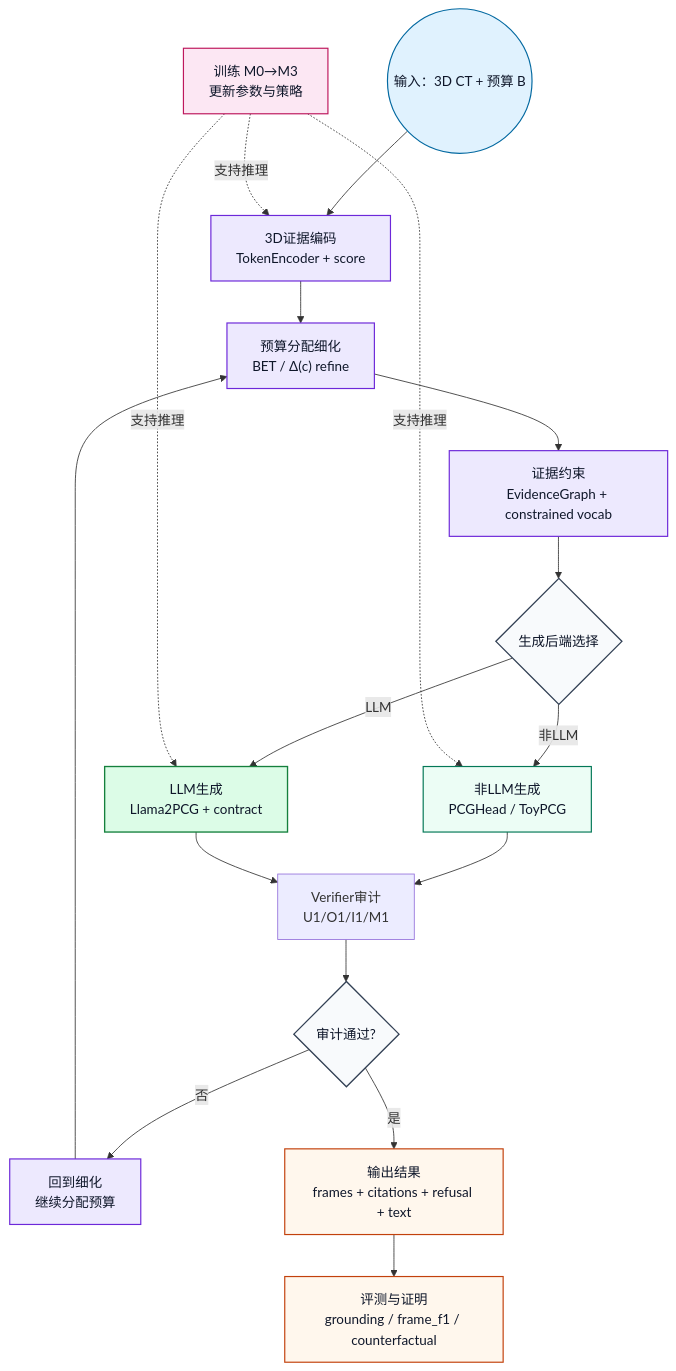
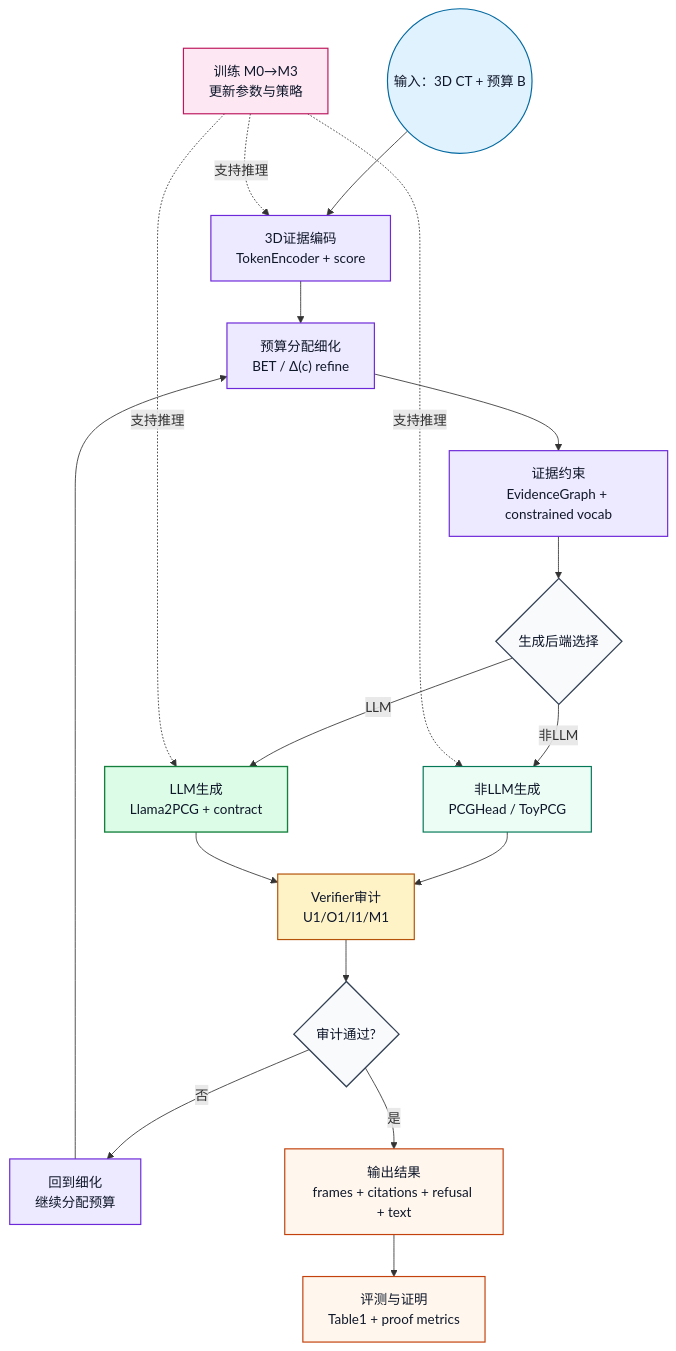
One commit to Ricardo-ChenTY/ProveTok changed the diagram in README.md. Above: the diagram before and after it, drawn with Mermaid. The commit also changed other lines of this file and 81 other files, not shown here.

````diff
--- a/README.md
+++ b/README.md
@@ -24,34 +15,35 @@
 ```mermaid
 flowchart TB
 classDef data fill:#E0F2FE,stroke:#0369A1,stroke-width:1.4px,color:#0F172A;
 classDef core fill:#EDE9FE,stroke:#6D28D9,stroke-width:1.4px,color:#0F172A;
 classDef gen fill:#ECFDF5,stroke:#047857,stroke-width:1.4px,color:#0F172A;
 classDef llm fill:#DCFCE7,stroke:#15803D,stroke-width:1.6px,color:#0F172A;
+classDef gate fill:#F8FAFC,stroke:#334155,stroke-width:1.6px,color:#0F172A;
+classDef verify fill:#FEF3C7,stroke:#B45309,stroke-width:1.4px,color:#0F172A;
+classDef out fill:#FFF7ED,stroke:#C2410C,stroke-width:1.4px,color:#0F172A;
 classDef train fill:#FCE7F3,stroke:#BE185D,stroke-width:1.4px,color:#0F172A;
-classDef gate fill:#F8FAFC,stroke:#334155,stroke-width:1.6px,color:#0F172A;
-classDef out fill:#FFF7ED,stroke:#C2410C,stroke-width:1.4px,color:#0F172A;
 
 S((输入：3D CT + 预算 B)):::data
 E1["3D证据编码<br/>TokenEncoder + score"]:::core
 E2["预算分配细化<br/>BET / Δ(c) refine"]:::core
 E3["证据约束<br/>EvidenceGraph + constrained vocab"]:::core
 G{"生成后端选择"}:::gate
 P["非LLM生成<br/>PCGHead / ToyPCG"]:::gen
 L["LLM生成<br/>Llama2PCG + contract"]:::llm
 V["Verifier审计<br/>U1/O1/I1/M1"]:::verify
 D{"审计通过?"}:::gate
 R["回到细化<br/>继续分配预算"]:::core
 O["输出结果<br/>frames + citations + refusal + text"]:::out
-M["评测与证明<br/>grounding / frame_f1 / counterfactual"]:::out
+M["评测与证明<br/>Table1 + proof metrics"]:::out
 T["训练 M0→M3<br/>更新参数与策略"]:::train
 
 S --> E1 --> E2 --> E3 --> G
 G -- 非LLM --> P --> V
 G -- LLM --> L --> V
 V --> D
 D -- 否 --> R --> E2
 D -- 是 --> O --> M
 T -. 支持推理 .-> E1
 T -. 支持推理 .-> P
 T -. 支持推理 .-> L
 ```
````
